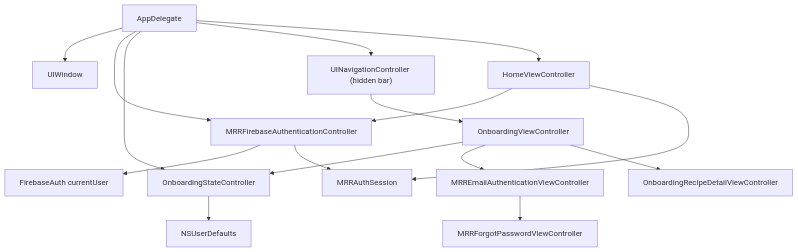
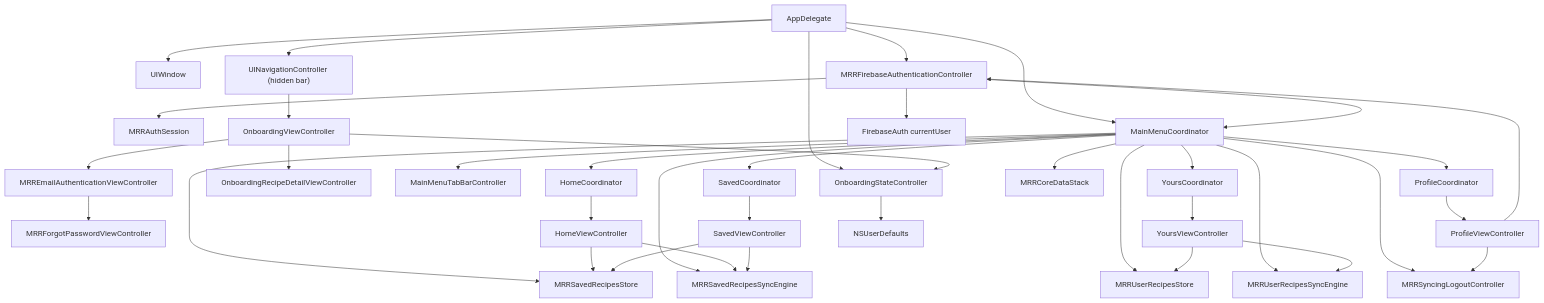
The third of 6 diagrams in ARCHITECTURE.md (bengidev/ios-mrr-experiment), drawn with Mermaid before and after one commit. The commit also changed other lines of this file, not shown here.

````diff
--- a/ARCHITECTURE.md
+++ b/ARCHITECTURE.md
@@ -121,32 +217,69 @@
 ```mermaid
 flowchart TB
   app["AppDelegate"]
   window["UIWindow"]
   auth["MRRFirebaseAuthenticationController"]
   session["MRRAuthSession"]
   state["OnboardingStateController"]
   nav["UINavigationController (hidden bar)"]
   onboarding["OnboardingViewController"]
   email["MRREmailAuthenticationViewController"]
   reset["MRRForgotPasswordViewController"]
   detail["OnboardingRecipeDetailViewController"]
-  home["HomeViewController"]
+  menuCoord["MainMenuCoordinator"]
+  tabBar["MainMenuTabBarController"]
+  homeCoord["HomeCoordinator"]
+  yoursCoord["YoursCoordinator"]
+  savedCoord["SavedCoordinator"]
+  profileCoord["ProfileCoordinator"]
+  homeVC["HomeViewController"]
+  yoursVC["YoursViewController"]
+  savedVC["SavedViewController"]
+  profileVC["ProfileViewController"]
+  coreDataStack["MRRCoreDataStack"]
+  savedStore["MRRSavedRecipesStore"]
+  savedSyncEngine["MRRSavedRecipesSyncEngine"]
+  userStore["MRRUserRecipesStore"]
+  userSyncEngine["MRRUserRecipesSyncEngine"]
+  syncingLogout["MRRSyncingLogoutController"]
   defaults["NSUserDefaults"]
   firebase["FirebaseAuth currentUser"]
 
   app --> window
   app --> auth
   app --> state
+  app --> nav
+  app --> menuCoord
   state --> defaults
   auth --> firebase
   auth --> session
-  app --> nav
+  auth --> menuCoord
   nav --> onboarding
   onboarding --> state
   onboarding --> email
   email --> reset
   onboarding --> detail
-  app --> home
-  home --> auth
-  home --> session
+  menuCoord --> tabBar
+  menuCoord --> homeCoord
+  menuCoord --> yoursCoord
+  menuCoord --> savedCoord
+  menuCoord --> profileCoord
+  menuCoord --> coreDataStack
+  menuCoord --> savedStore
+  menuCoord --> savedSyncEngine
+  menuCoord --> userStore
+  menuCoord --> userSyncEngine
+  menuCoord --> syncingLogout
+  homeCoord --> homeVC
+  yoursCoord --> yoursVC
+  savedCoord --> savedVC
+  profileCoord --> profileVC
+  homeVC --> savedStore
+  homeVC --> savedSyncEngine
+  savedVC --> savedStore
+  savedVC --> savedSyncEngine
+  yoursVC --> userStore
+  yoursVC --> userSyncEngine
+  profileVC --> auth
+  profileVC --> syncingLogout
 ```
````
